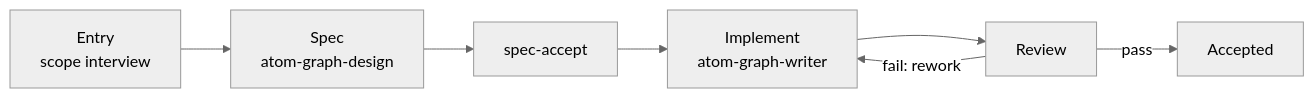
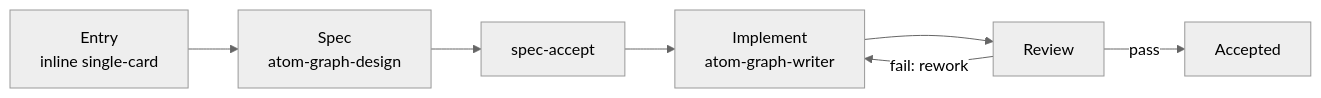
The third of 3 diagrams in docs/README.zh-CN.md (makara/ai-atomic-workflow), drawn with Mermaid (neutral theme) before and after one commit. The commit also changed other lines of this file and 74 other files, not shown here.

Commit message:
feat: agentic-graphjs v0.1.0

````diff
--- a/docs/README.zh-CN.md
+++ b/docs/README.zh-CN.md
@@ -272,9 +260,9 @@
 ```mermaid
 graph LR
-   ENTRY[Entry<br/>scope interview] --> SPEC[Spec<br/>atom-graph-design]
+   ENTRY[Entry<br/>inline single-card] --> SPEC[Spec<br/>atom-graph-design]
    SPEC --> ACCEPT[spec-accept]
    ACCEPT --> IMPL[Implement<br/>atom-graph-writer]
    IMPL --> REVIEW[Review]
    REVIEW -->|fail: rework| IMPL
    REVIEW -->|pass| DONE[Accepted]
 ```
````
